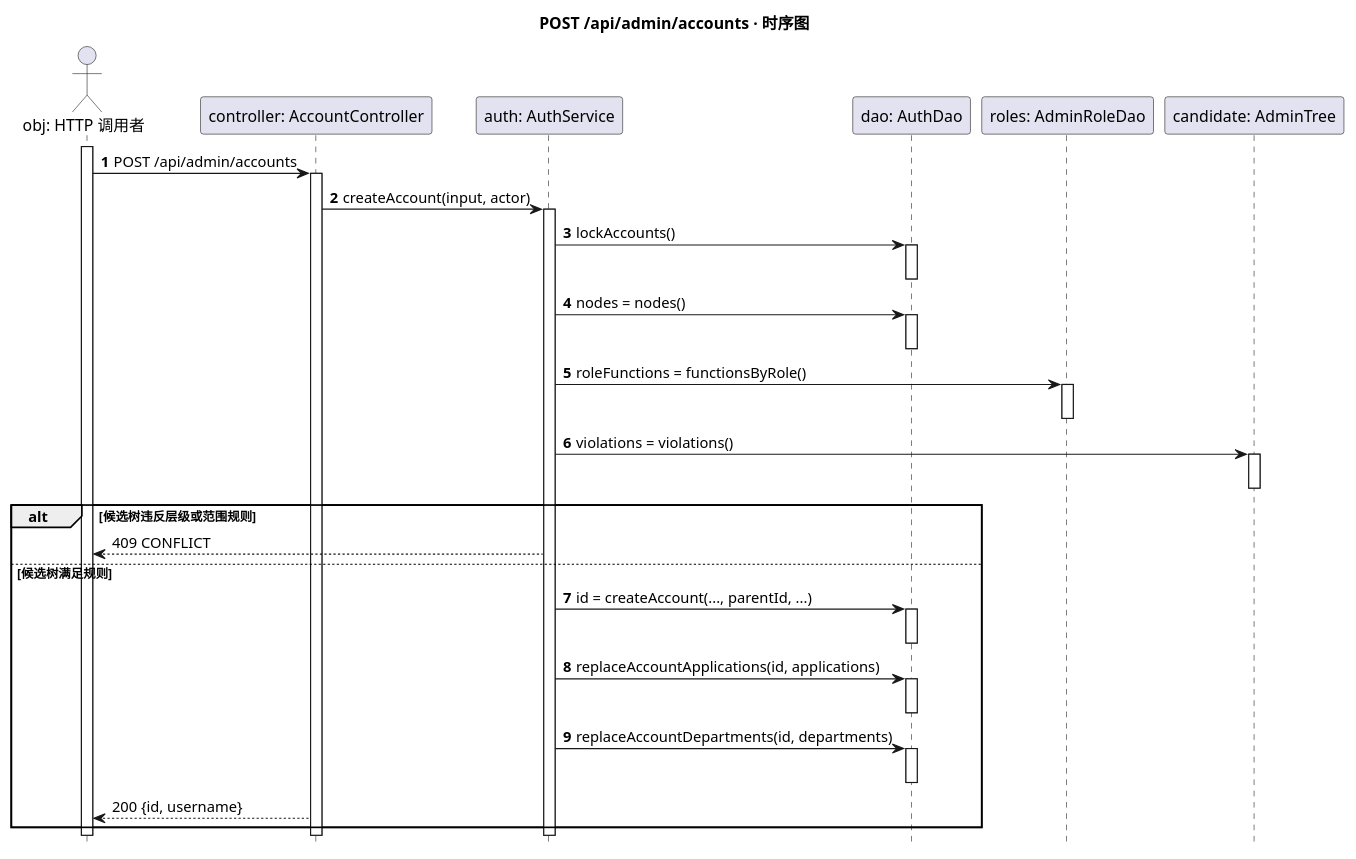
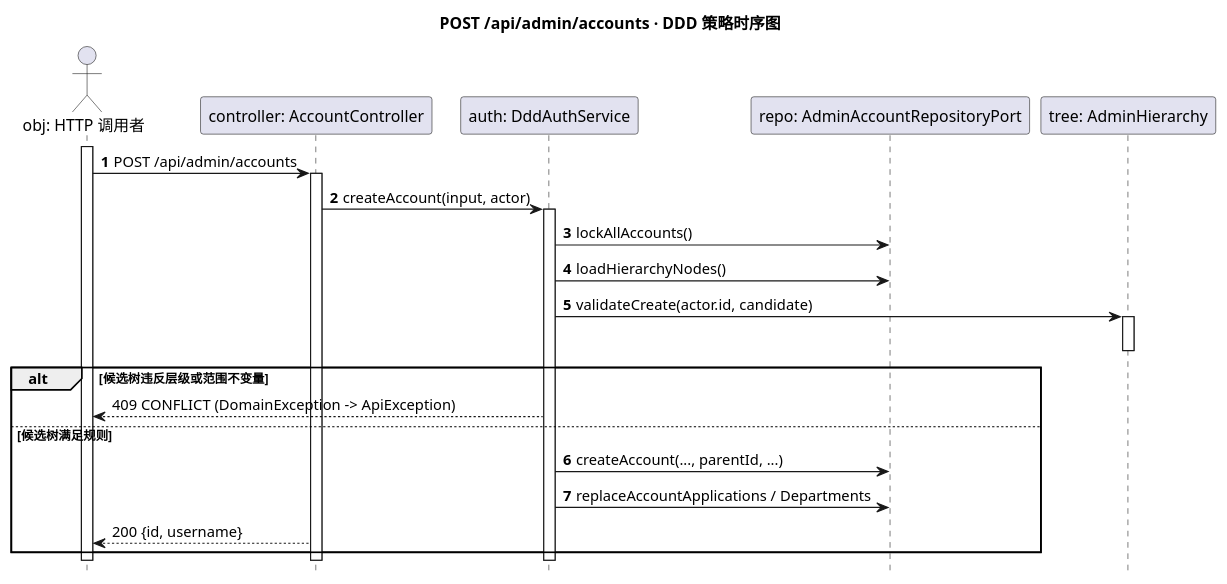
One commit to IKEA-v/MelonHub changed the diagram in doc/uml/admin-account-sequence.puml. Above: the diagram before and after it, drawn with PlantUML. The commit also changed 129 other files, not shown here.

```diff
--- a/doc/uml/admin-account-sequence.puml
+++ b/doc/uml/admin-account-sequence.puml
@@ -1,49 +1,34 @@
 @startuml
-title POST /api/admin/accounts · 时序图
+title POST /api/admin/accounts · DDD 策略时序图
 hide footbox
 skinparam shadowing false
 actor "obj: HTTP 调用者" as Caller
 participant "controller: AccountController" as C
-participant "auth: AuthService" as S
-participant "dao: AuthDao" as D
-participant "roles: AdminRoleDao" as R
-participant "candidate: AdminTree" as T
+participant "auth: DddAuthService" as S
+participant "repo: AdminAccountRepositoryPort" as P
+participant "tree: AdminHierarchy" as T
 activate Caller
 autonumber
 Caller -> C: POST /api/admin/accounts
 activate C
 C -> S: createAccount(input, actor)
 activate S
-S -> D: lockAccounts()
-activate D
-deactivate D
-S -> D: nodes = nodes()
-activate D
-deactivate D
-S -> R: roleFunctions = functionsByRole()
-activate R
-deactivate R
-S -> T: violations = violations()
+S -> P: lockAllAccounts()
+S -> P: loadHierarchyNodes()
+S -> T: validateCreate(actor.id, candidate)
 activate T
 deactivate T
-alt 候选树违反层级或范围规则
+alt 候选树违反层级或范围不变量
   autonumber stop
-  S --> Caller: 409 CONFLICT
+  S --> Caller: 409 CONFLICT (DomainException -> ApiException)
 else 候选树满足规则
   autonumber resume
-  S -> D: id = createAccount(..., parentId, ...)
-  activate D
-  deactivate D
-  S -> D: replaceAccountApplications(id, applications)
-  activate D
-  deactivate D
-  S -> D: replaceAccountDepartments(id, departments)
-  activate D
-  deactivate D
+  S -> P: createAccount(..., parentId, ...)
+  S -> P: replaceAccountApplications / Departments
   autonumber stop
   C --> Caller: 200 {id, username}
 end
 deactivate S
 deactivate C
 deactivate Caller
 @enduml
```
